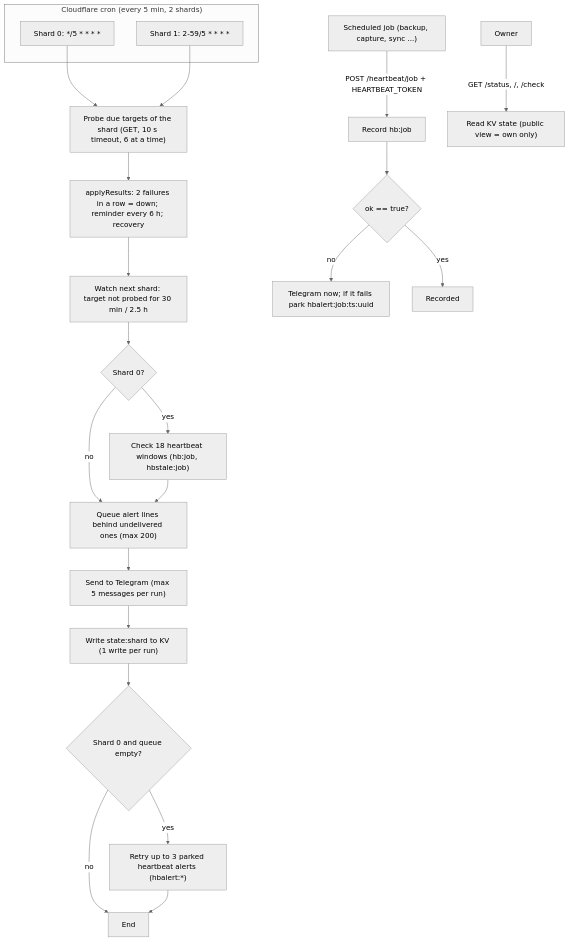
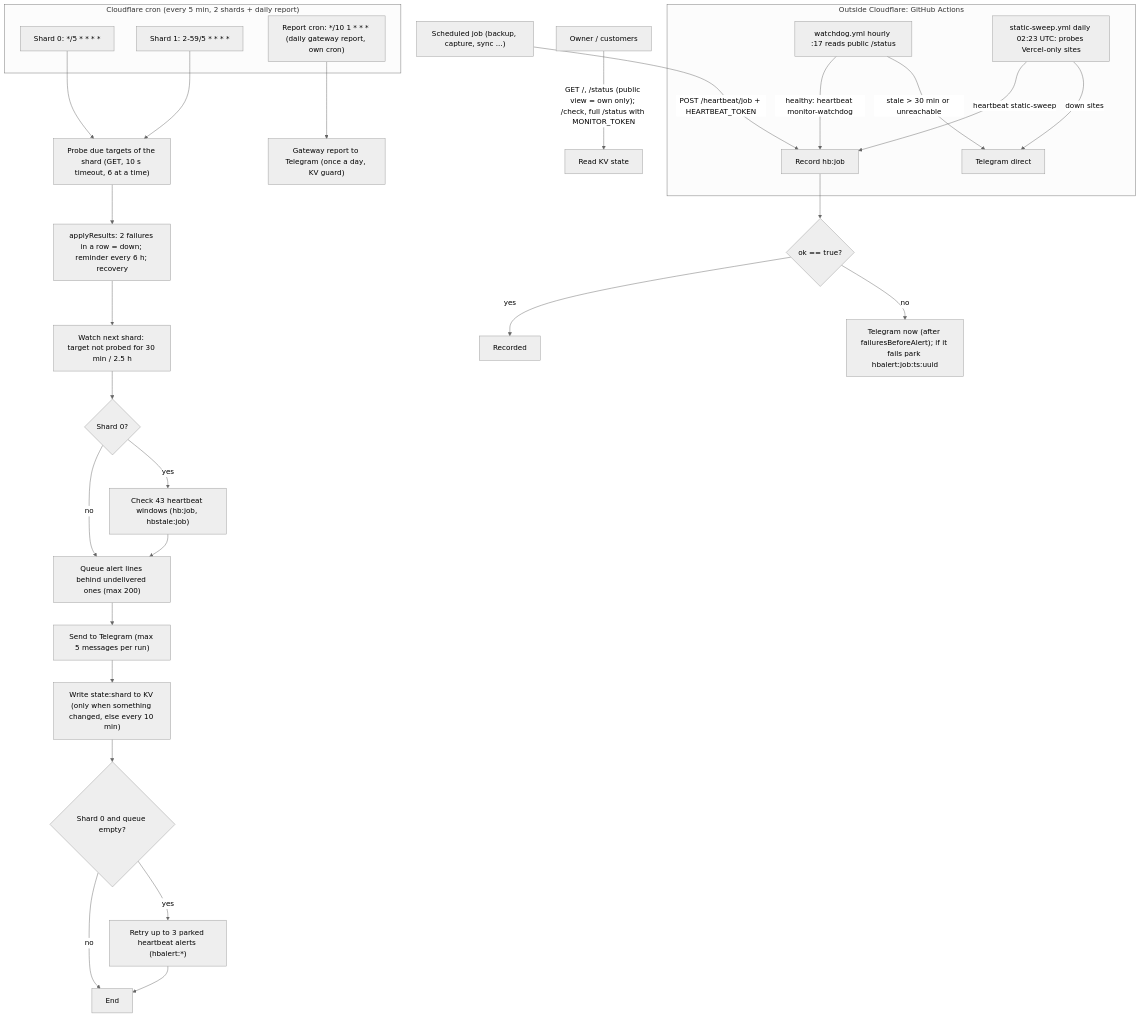
The diagram in docs/diagrams/01-business-process.md (bookchaowalit/platform-uptime-worker), drawn with Mermaid (neutral theme) before and after one commit. The commit also changed other lines of this file, not shown here.

````diff
--- a/docs/diagrams/01-business-process.md
+++ b/docs/diagrams/01-business-process.md
@@ -9,28 +11,37 @@
 ```mermaid
 flowchart TD
-    subgraph Cron["Cloudflare cron (every 5 min, 2 shards)"]
+    subgraph Cron["Cloudflare cron (every 5 min, 2 shards + daily report)"]
         C0["Shard 0: */5 * * * *"]
         C1["Shard 1: 2-59/5 * * * *"]
+        CR["Report cron: */10 1 * * * (daily gateway report, own cron)"]
     end
     C0 --> P["Probe due targets of the shard (GET, 10 s timeout, 6 at a time)"]
     C1 --> P
+    CR --> GR["Gateway report to Telegram (once a day, KV guard)"]
     P --> A["applyResults: 2 failures in a row = down; reminder every 6 h; recovery"]
     A --> W["Watch next shard: target not probed for 30 min / 2.5 h"]
     W --> H{"Shard 0?"}
-    H -- yes --> HB["Check 18 heartbeat windows (hb:job, hbstale:job)"]
+    H -- yes --> HB["Check 43 heartbeat windows (hb:job, hbstale:job)"]
     H -- no --> Q
     HB --> Q["Queue alert lines behind undelivered ones (max 200)"]
     Q --> T["Send to Telegram (max 5 messages per run)"]
-    T --> S["Write state:shard to KV (1 write per run)"]
+    T --> S["Write state:shard to KV (only when something changed, else every 10 min)"]
     S --> PK{"Shard 0 and queue empty?"}
     PK -- yes --> PA["Retry up to 3 parked heartbeat alerts (hbalert:*)"]
     PK -- no --> E["End"]
     PA --> E
 
     J["Scheduled job (backup, capture, sync ...)"] -- "POST /heartbeat/job + HEARTBEAT_TOKEN" --> R["Record hb:job"]
     R --> OK{"ok == true?"}
-    OK -- no --> TF["Telegram now; if it fails park hbalert:job:ts:uuid"]
+    OK -- no --> TF["Telegram now (after failuresBeforeAlert); if it fails park hbalert:job:ts:uuid"]
     OK -- yes --> E2["Recorded"]
 
-    O["Owner"] -- "GET /status, /, /check" --> V["Read KV state (public view = own only)"]
+    O["Owner / customers"] -- "GET /, /status (public view = own only); /check, full /status with MONITOR_TOKEN" --> V["Read KV state"]
+
+    subgraph GH["Outside Cloudflare: GitHub Actions"]
+        WD["watchdog.yml hourly :17 reads public /status"] -- "stale > 30 min or unreachable" --> WT["Telegram direct"]
+        WD -- "healthy: heartbeat monitor-watchdog" --> R
+        SW["static-sweep.yml daily 02:23 UTC: probes Vercel-only sites"] -- "down sites" --> WT
+        SW -- "heartbeat static-sweep" --> R
+    end
 ```
````
